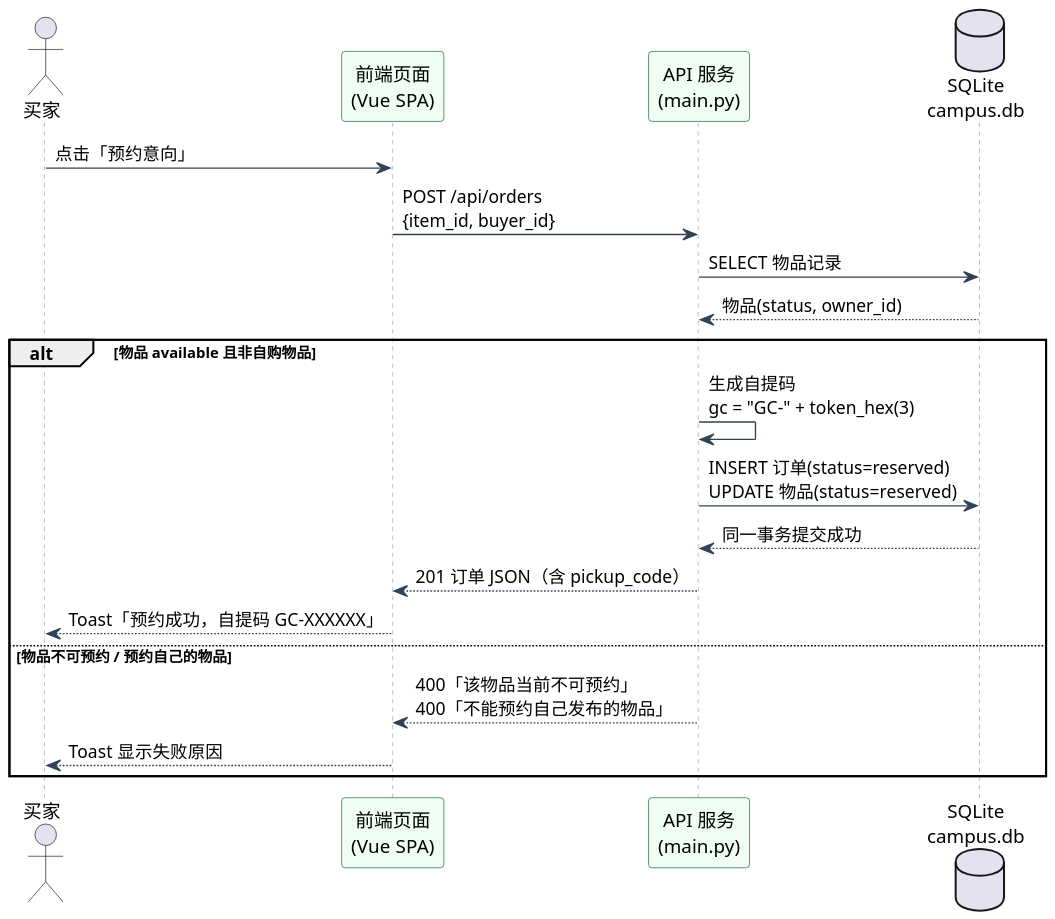
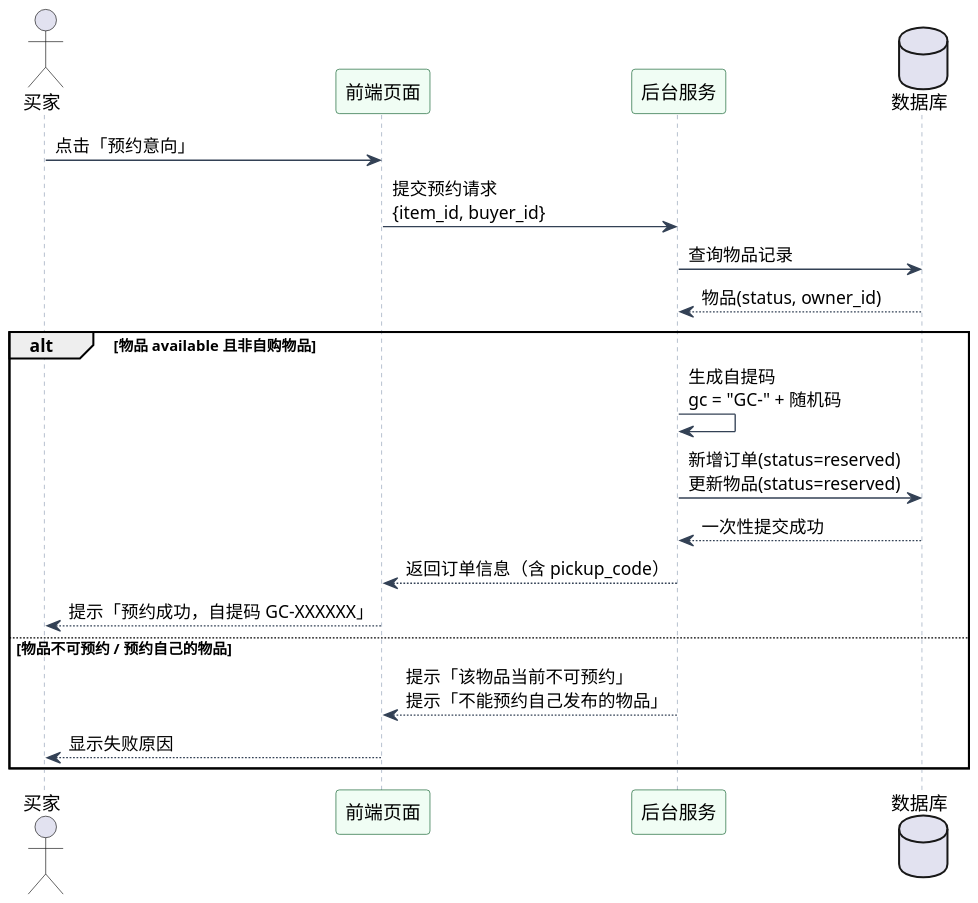
Before and after one commit to dogflydream/software-require-project-exam1: the diagram in docs/reports/puml/seq_reserve.puml, drawn with PlantUML. The commit also changed 13 other files, not shown here.

```diff
--- a/docs/reports/puml/seq_reserve.puml
+++ b/docs/reports/puml/seq_reserve.puml
@@ -1,29 +1,29 @@
 @startuml
 skinparam defaultFontName "Microsoft YaHei"
 skinparam dpi 150
 skinparam shadowing false
 skinparam sequence {
   ArrowColor #334155
   LifeLineBorderColor #94A3B8
   ParticipantBackgroundColor #F0FDF4
   ParticipantBorderColor #166534
 }
 actor "买家" as B
-participant "前端页面\n(Vue SPA)" as FE
-participant "API 服务\n(main.py)" as API
-database "SQLite\ncampus.db" as DB
+participant "前端页面" as FE
+participant "后台服务" as API
+database "数据库" as DB
 B -> FE : 点击「预约意向」
-FE -> API : POST /api/orders\n{item_id, buyer_id}
-API -> DB : SELECT 物品记录
+FE -> API : 提交预约请求\n{item_id, buyer_id}
+API -> DB : 查询物品记录
 DB --> API : 物品(status, owner_id)
 alt 物品 available 且非自购物品
-  API -> API : 生成自提码\ngc = "GC-" + token_hex(3)
-  API -> DB : INSERT 订单(status=reserved)\nUPDATE 物品(status=reserved)
-  DB --> API : 同一事务提交成功
-  API --> FE : 201 订单 JSON（含 pickup_code）
-  FE --> B : Toast「预约成功，自提码 GC-XXXXXX」
+  API -> API : 生成自提码\ngc = "GC-" + 随机码
+  API -> DB : 新增订单(status=reserved)\n更新物品(status=reserved)
+  DB --> API : 一次性提交成功
+  API --> FE : 返回订单信息（含 pickup_code）
+  FE --> B : 提示「预约成功，自提码 GC-XXXXXX」
 else 物品不可预约 / 预约自己的物品
-  API --> FE : 400「该物品当前不可预约」\n400「不能预约自己发布的物品」
-  FE --> B : Toast 显示失败原因
+  API --> FE : 提示「该物品当前不可预约」\n提示「不能预约自己发布的物品」
+  FE --> B : 显示失败原因
 end
 @enduml
```
